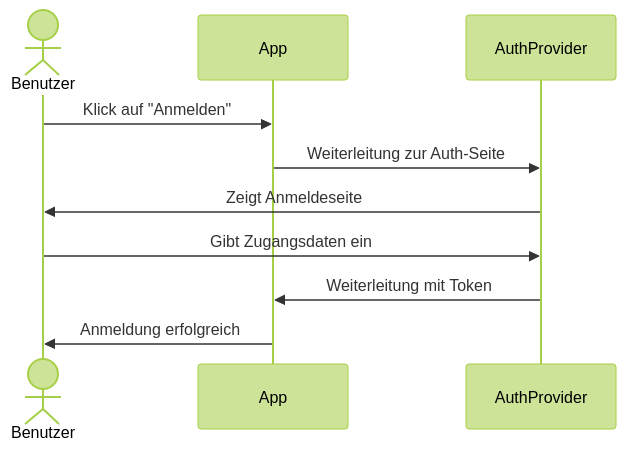
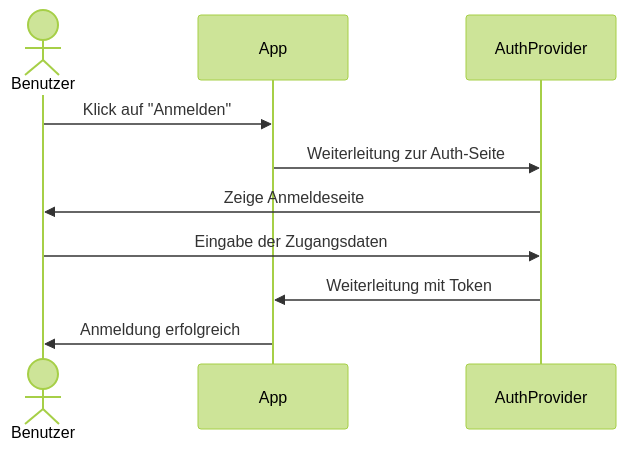
The first of 7 diagrams in i18n/de/docusaurus-plugin-content-docs/current/use-cases/multi-tenancy/build-multi-tenant-saas-application.mdx (logto-io/docs), drawn with Mermaid (forest theme) before and after one commit. The commit also changed other lines of this file and 666 other files, not shown here.

````diff
--- a/i18n/de/docusaurus-plugin-content-docs/current/use-cases/multi-tenancy/build-multi-tenant-saas-application.mdx
+++ b/i18n/de/docusaurus-plugin-content-docs/current/use-cases/multi-tenancy/build-multi-tenant-saas-application.mdx
@@ -186,13 +186,13 @@
 ```mermaid
 sequenceDiagram
   actor u as Benutzer
   participant a as App
   participant auth as AuthProvider
 
   u->>a: Klick auf "Anmelden"
   a->>auth: Weiterleitung zur Auth-Seite
-  auth->>u: Zeigt Anmeldeseite
-  u->>auth: Gibt Zugangsdaten ein
+  auth->>u: Zeige Anmeldeseite
+  u->>auth: Eingabe der Zugangsdaten
   auth->>a: Weiterleitung mit Token
   a->>u: Anmeldung erfolgreich
 ```
````
